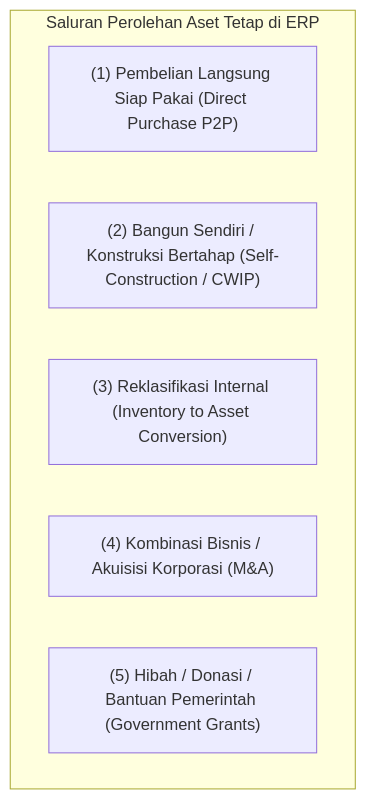
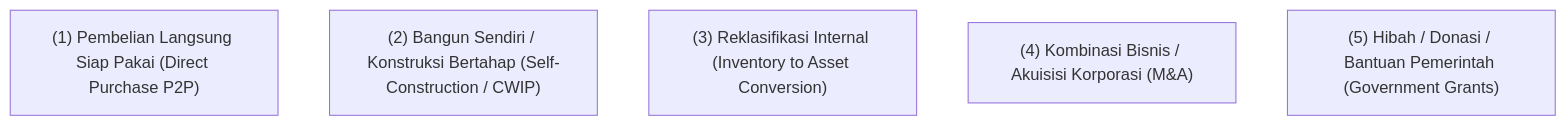
The second of 4 diagrams in content/08-assets/asset-acquisition-and-capitalization.md (alimurrofid/erp-notes), drawn with Mermaid before and after one commit. The commit also changed 58 other files, not shown here.

Commit message:
fix(content):Mermaid Subgraph

````diff
--- a/content/08-assets/asset-acquisition-and-capitalization.md
+++ b/content/08-assets/asset-acquisition-and-capitalization.md
@@ -41,10 +41,8 @@
 ```mermaid
 graph TD
-    subgraph AcquisitionChannels["Saluran Perolehan Aset Tetap di ERP"]
         Ch1["(1) Pembelian Langsung Siap Pakai (Direct Purchase P2P)"]
         Ch2["(2) Bangun Sendiri / Konstruksi Bertahap (Self-Construction / CWIP)"]
         Ch3["(3) Reklasifikasi Internal (Inventory to Asset Conversion)"]
         Ch4["(4) Kombinasi Bisnis / Akuisisi Korporasi (M&A)"]
         Ch5["(5) Hibah / Donasi / Bantuan Pemerintah (Government Grants)"]
-    end
 ```
````
